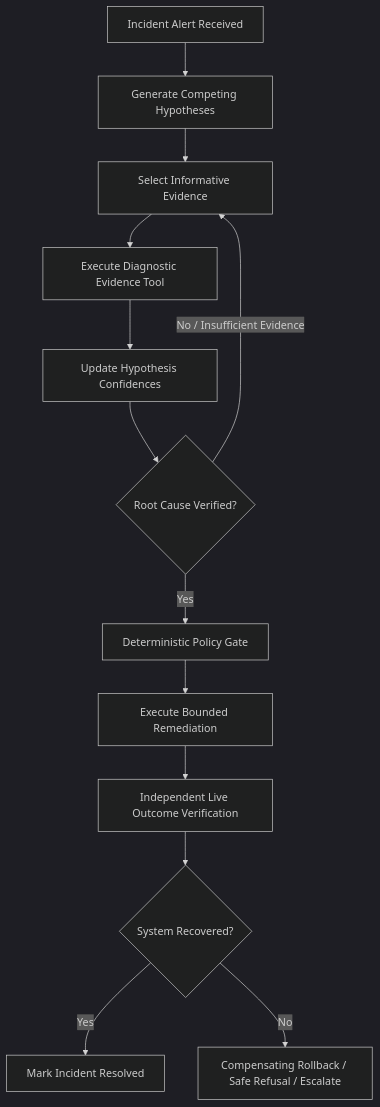
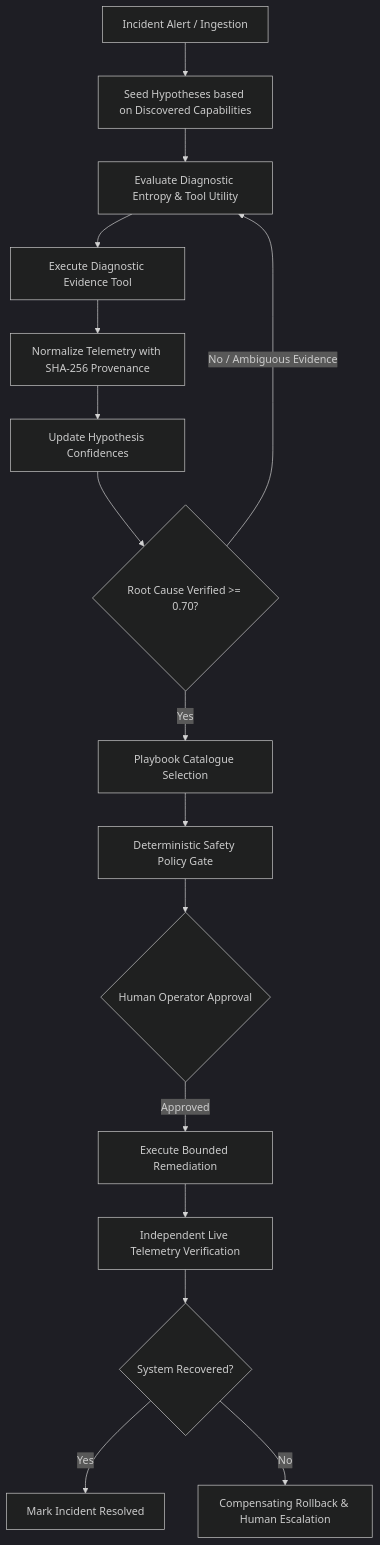
Before and after one commit to Vaibhav20k/RCAI: the diagram in README.md, drawn with Mermaid (dark theme). The commit also changed other lines of this file, not shown here.

Commit message:
docs(readme): rewrite README with outcome hook, zero-config quickstart, 5 safety tiers, and full playbook catalogue

````diff
--- a/README.md
+++ b/README.md
@@ -18,15 +98,18 @@
 ```mermaid
 flowchart TD
-    A[Incident Alert Received] --> B[Generate Competing Hypotheses]
-    B --> C[Select Informative Evidence]
+    A[Incident Alert / Ingestion] --> B[Seed Hypotheses based on Discovered Capabilities]
+    B --> C[Evaluate Diagnostic Entropy & Tool Utility]
     C --> D[Execute Diagnostic Evidence Tool]
-    D --> E[Update Hypothesis Confidences]
-    E --> F{Root Cause Verified?}
-    F -- No / Insufficient Evidence --> C
-    F -- Yes --> G[Deterministic Policy Gate]
-    G --> H[Execute Bounded Remediation]
-    H --> I[Independent Live Outcome Verification]
-    I --> J{System Recovered?}
-    J -- Yes --> K[Mark Incident Resolved]
-    J -- No --> L[Compensating Rollback / Safe Refusal / Escalate]
+    D --> E[Normalize Telemetry with SHA-256 Provenance]
+    E --> F[Update Hypothesis Confidences]
+    F --> G{Root Cause Verified >= 0.70?}
+    G -- No / Ambiguous Evidence --> C
+    G -- Yes --> H[Playbook Catalogue Selection]
+    H --> I[Deterministic Safety Policy Gate]
+    I --> J{Human Operator Approval}
+    J -- Approved --> K[Execute Bounded Remediation]
+    K --> L[Independent Live Telemetry Verification]
+    L --> M{System Recovered?}
+    M -- Yes --> N[Mark Incident Resolved]
+    M -- No --> O[Compensating Rollback & Human Escalation]
 ```
````
